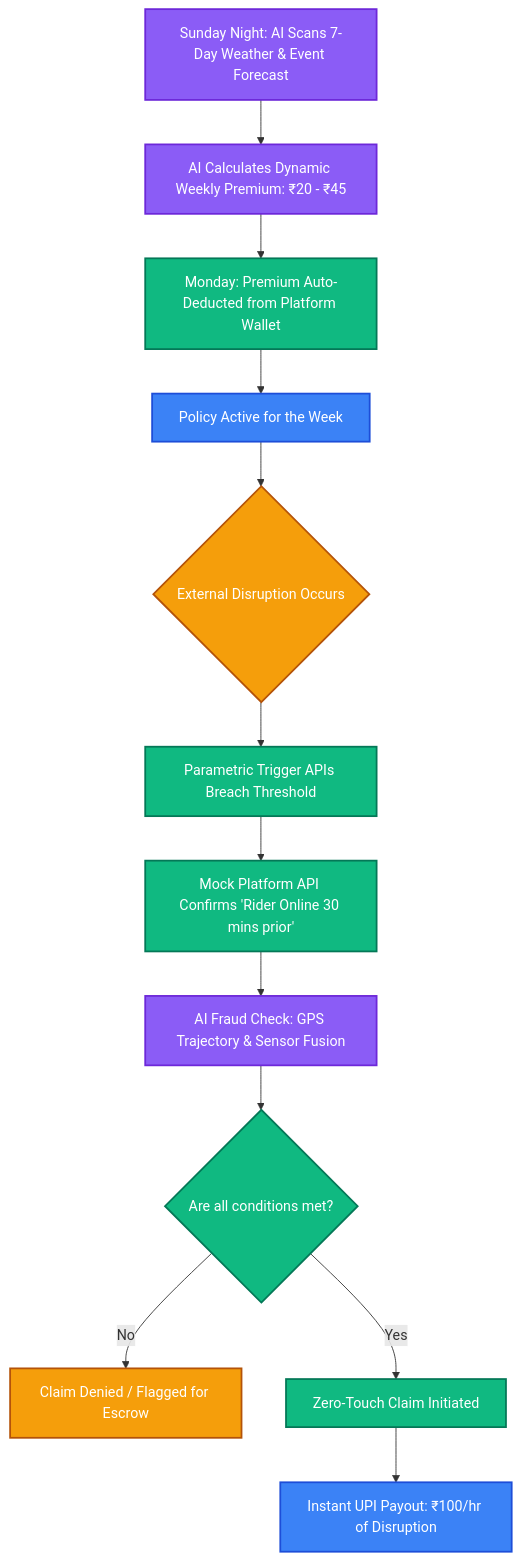
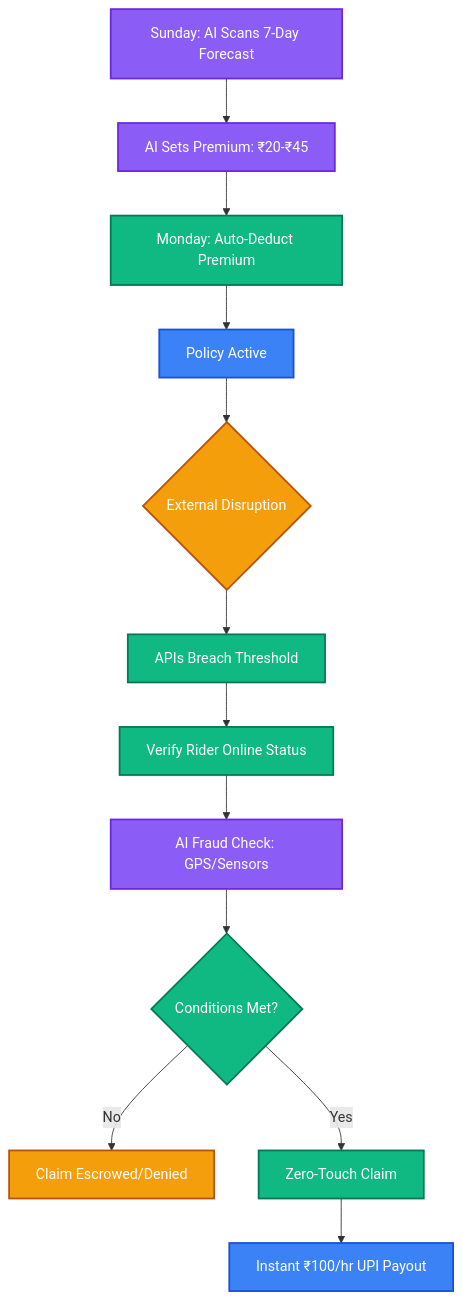
One commit to Ghostkwebb/Q-Sure-Guidewire-DEVTrails changed the first of 2 diagrams in README.md. Above: the diagram before and after it, drawn with Mermaid. The commit also changed other lines of this file, not shown here.

````diff
--- a/README.md
+++ b/README.md
@@ -45,32 +43,19 @@
 ```mermaid
 graph TD
-    %% Define Styles
     classDef user fill:#3b82f6,stroke:#1d4ed8,stroke-width:2px,color:#fff;
     classDef ai fill:#8b5cf6,stroke:#6d28d9,stroke-width:2px,color:#fff;
     classDef system fill:#10b981,stroke:#047857,stroke-width:2px,color:#fff;
     classDef external fill:#f59e0b,stroke:#b45309,stroke-width:2px,color:#fff;
 
-    %% Nodes
-    A[Sunday Night: AI Scans 7-Day Weather & Event Forecast]:::ai
-    B[AI Calculates Dynamic Weekly Premium: ₹20 - ₹45]:::ai
-    C[Monday: Premium Auto-Deducted from Platform Wallet]:::system
-    D[Policy Active for the Week]:::user
-    
-    E{External Disruption Occurs}:::external
-    
-    F[Parametric Trigger APIs Breach Threshold]:::system
-    G[Mock Platform API Confirms 'Rider Online 30 mins prior']:::system
-    H[AI Fraud Check: GPS Trajectory & Sensor Fusion]:::ai
-    
-    I{Are all conditions met?}:::system
-    J[Claim Denied / Flagged for Escrow]:::external
-    K[Zero-Touch Claim Initiated]:::system
-    L[Instant UPI Payout: ₹100/hr of Disruption]:::user
-
-    %% Connections
-    A --> B --> C --> D --> E
-    E --> F
-    F --> G --> H --> I
-    I -- No --> J
-    I -- Yes --> K --> L
+    A[Sunday: AI Scans 7-Day Forecast]:::ai --> B[AI Sets Premium: ₹20-₹45]:::ai
+    B --> C[Monday: Auto-Deduct Premium]:::system
+    C --> D[Policy Active]:::user
+    D --> E{External Disruption}:::external
+    E --> F[APIs Breach Threshold]:::system
+    F --> G[Verify Rider Online Status]:::system
+    G --> H[AI Fraud Check: GPS/Sensors]:::ai
+    H --> I{Conditions Met?}:::system
+    I -- No --> J[Claim Escrowed/Denied]:::external
+    I -- Yes --> K[Zero-Touch Claim]:::system
+    K --> L[Instant ₹100/hr UPI Payout]:::user
 ```
````
